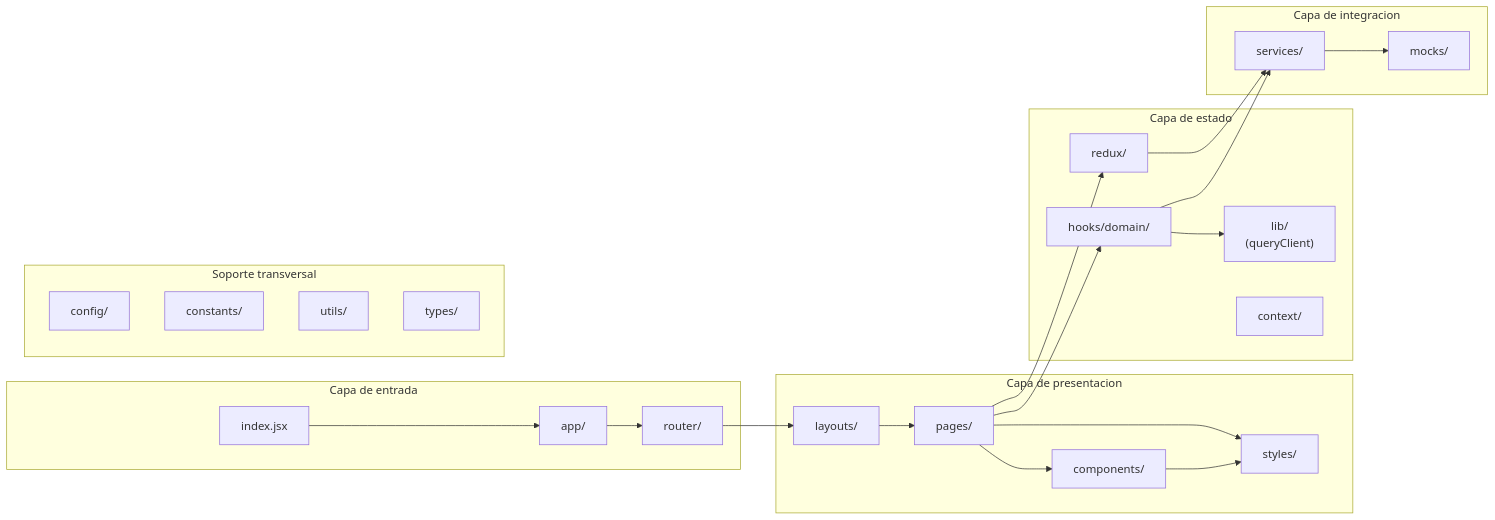
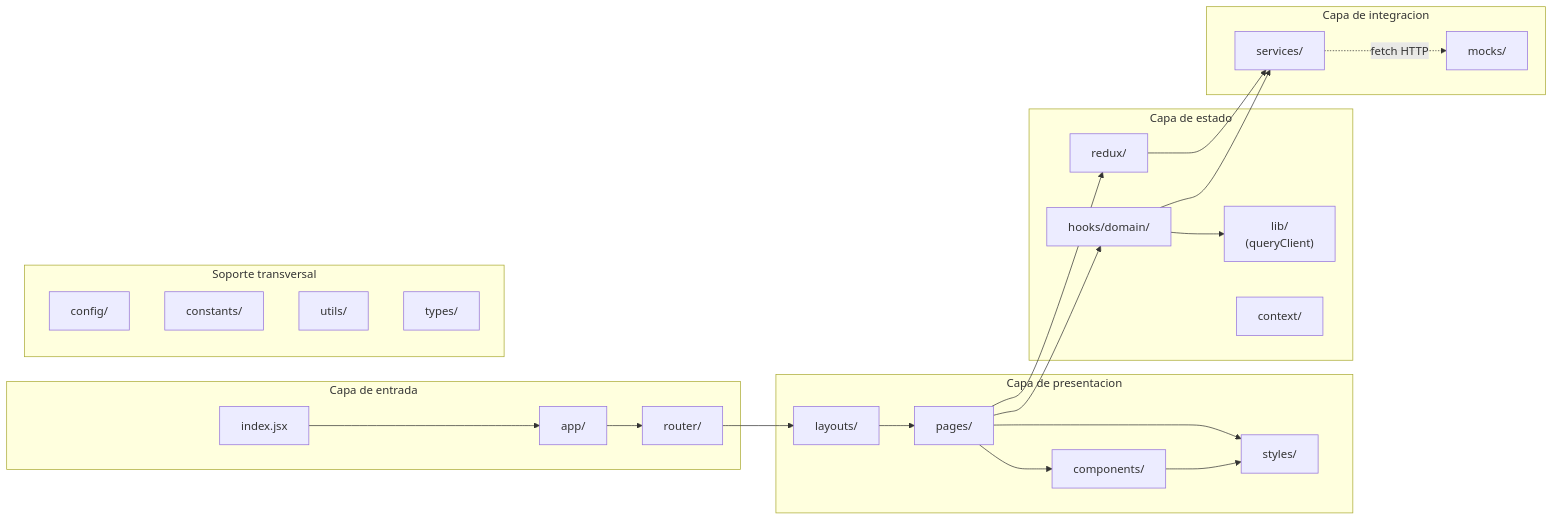
The second of 2 diagrams in docs/vista-de-bloques-de-construccion/vista-de-bloques-de-construccion.md (jcg-admin/template-ecommerce-ui), drawn with Mermaid before and after one commit. The commit also changed other lines of this file and 2 other files, not shown here.

First line of the commit message:
Update building-block view for MSW architecture

````diff
--- a/docs/vista-de-bloques-de-construccion/vista-de-bloques-de-construccion.md
+++ b/docs/vista-de-bloques-de-construccion/vista-de-bloques-de-construccion.md
@@ -162,48 +190,48 @@
 ```mermaid
 flowchart LR
     subgraph entrada [Capa de entrada]
         idx["index.jsx"]
         app["app/"]
         router["router/"]
     end
 
     subgraph presentacion [Capa de presentacion]
         layouts["layouts/"]
         pages["pages/"]
         components["components/"]
         styles["styles/"]
     end
 
     subgraph estado [Capa de estado]
         redux["redux/"]
         hooks["hooks/domain/"]
         lib["lib/<br/>(queryClient)"]
         context["context/"]
     end
 
     subgraph integracion [Capa de integracion]
         services["services/"]
         mocks["mocks/"]
     end
 
     subgraph soporte [Soporte transversal]
         config["config/"]
         constants["constants/"]
         utils["utils/"]
         types["types/"]
     end
 
     idx --> app
     app --> router
     router --> layouts
     layouts --> pages
     pages --> components
     pages --> hooks
     pages --> redux
     hooks --> lib
     hooks --> services
     redux --> services
-    services --> mocks
+    services -. fetch HTTP .-> mocks
     components --> styles
     pages --> styles
 ```
````
